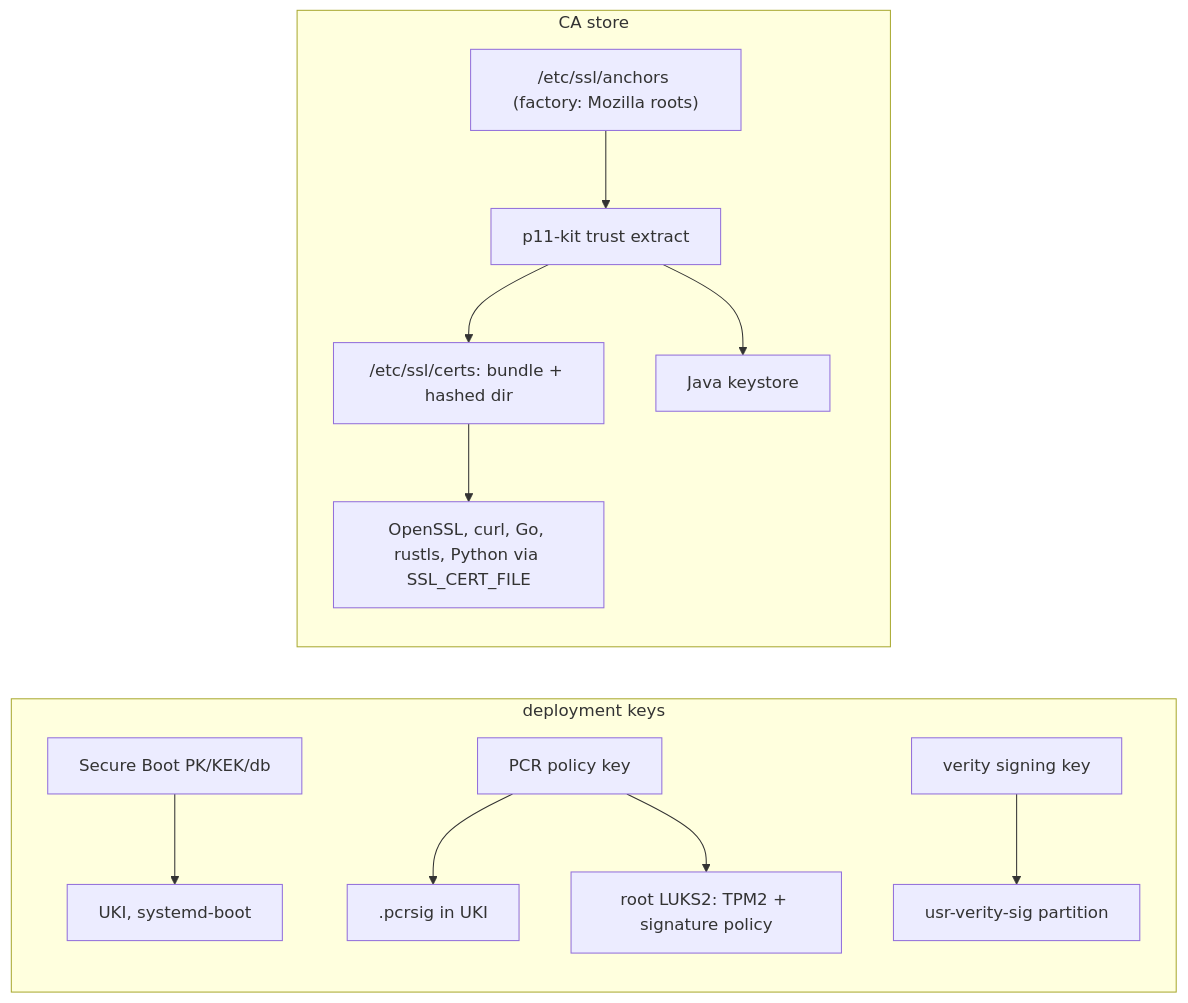
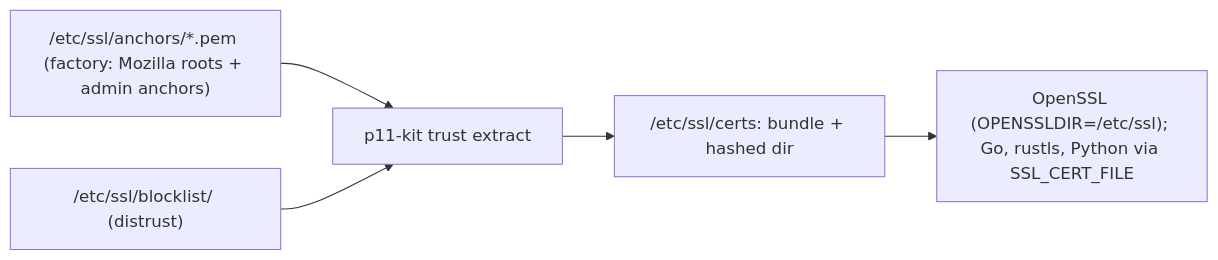
Before and after one commit to slophaer/golconda: the third of 3 diagrams in docs/design/trust.md, drawn with Mermaid. The commit also changed other lines of this file and 7 other files, not shown here.

First line of the commit message:
docs: review comments: no org internals, tables, trust roots

````diff
--- a/docs/design/trust.md
+++ b/docs/design/trust.md
@@ -10,15 +40,7 @@
 ```mermaid
 flowchart LR
-  subgraph deployment keys
-    sb["Secure Boot PK/KEK/db"] --> uki[UKI, systemd-boot]
-    pcr["PCR policy key"] --> pcrsig[".pcrsig in UKI"]
-    pcr --> luks["root LUKS2: TPM2 + signature policy"]
-    vk["verity signing key"] --> vsig["usr-verity-sig partition"]
-  end
-  subgraph CA store
-    anchors["/etc/ssl/anchors (factory: Mozilla roots)"] --> trust["p11-kit trust extract"]
-    trust --> bundle["/etc/ssl/certs: bundle + hashed dir"]
-    trust --> jks["Java keystore"]
-    bundle --> consumers["OpenSSL, curl, Go, rustls, Python via SSL_CERT_FILE"]
-  end
+  anchors["/etc/ssl/anchors/*.pem (factory: Mozilla roots + admin anchors)"] --> trust["p11-kit trust extract"]
+  block["/etc/ssl/blocklist/ (distrust)"] --> trust
+  trust --> bundle["/etc/ssl/certs: bundle + hashed dir"]
+  bundle --> consumers["OpenSSL (OPENSSLDIR=/etc/ssl); Go, rustls, Python via SSL_CERT_FILE"]
 ```
````
